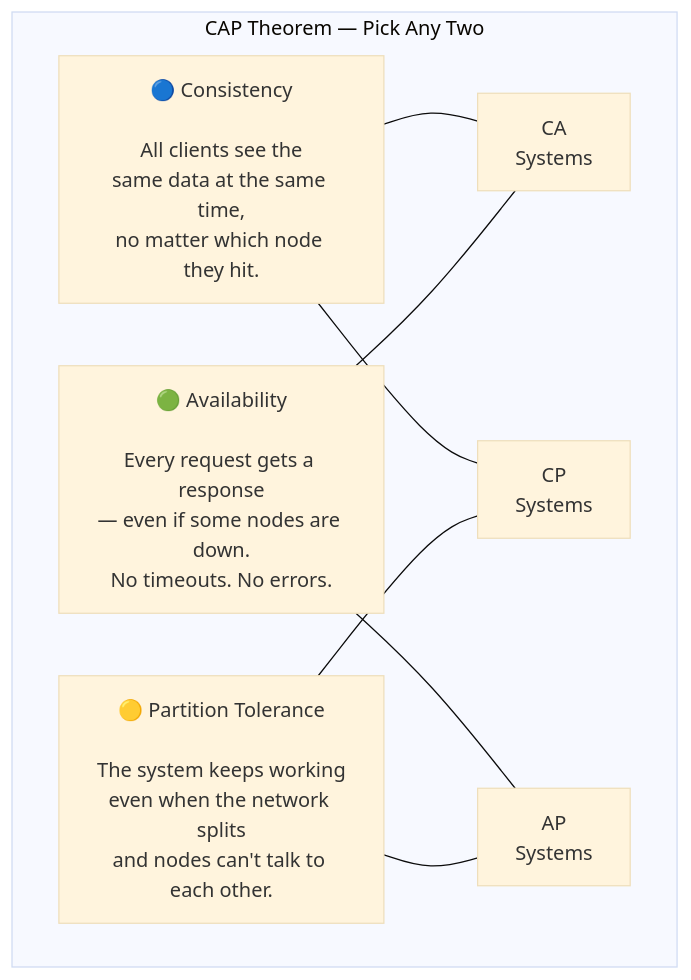
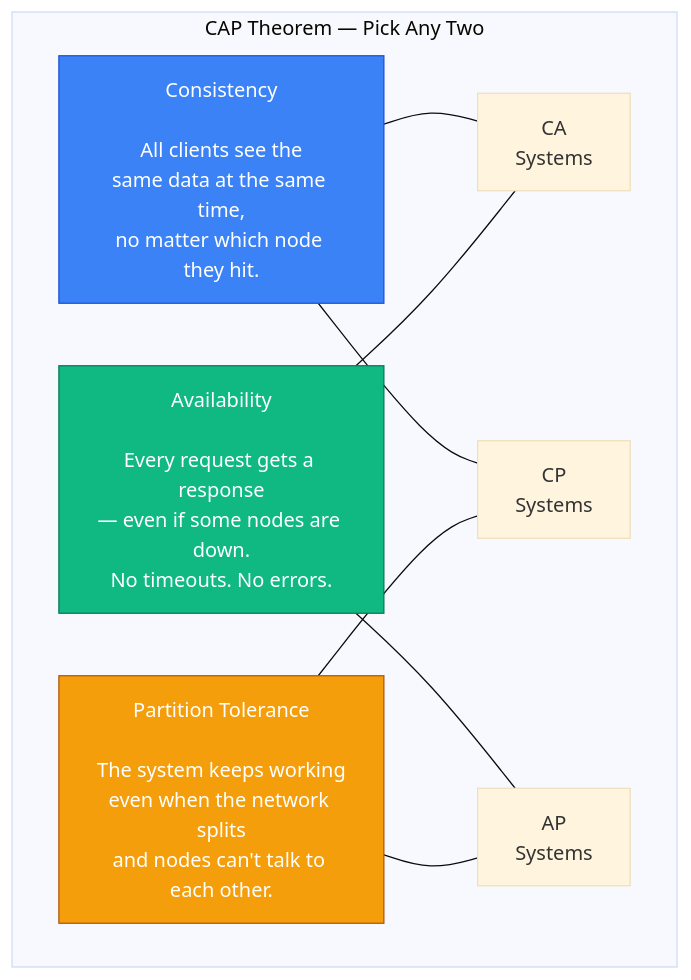
Before and after one commit to devops-monk/system-design-blog: the second of 22 diagrams in content/posts/2026/design-a-key-value-store.md, drawn with Mermaid (base theme). The commit also changed other lines of this file and 5 other files, not shown here.

````diff
--- a/content/posts/2026/design-a-key-value-store.md
+++ b/content/posts/2026/design-a-key-value-store.md
@@ -98,15 +98,18 @@
 ```mermaid
 graph TD
     subgraph CAP["CAP Theorem — Pick Any Two"]
-        C["🔵 Consistency\n\nAll clients see the\nsame data at the same time,\nno matter which node they hit."]
-        A["🟢 Availability\n\nEvery request gets a response\n— even if some nodes are down.\nNo timeouts. No errors."]
-        P["🟡 Partition Tolerance\n\nThe system keeps working\neven when the network splits\nand nodes can't talk to each other."]
+        C["Consistency\n\nAll clients see the\nsame data at the same time,\nno matter which node they hit."]
+        A["Availability\n\nEvery request gets a response\n— even if some nodes are down.\nNo timeouts. No errors."]
+        P["Partition Tolerance\n\nThe system keeps working\neven when the network splits\nand nodes can't talk to each other."]
 
         C --- CA["CA\nSystems"]
         C --- CP["CP\nSystems"]
         A --- CA
         A --- AP["AP\nSystems"]
         P --- CP
         P --- AP
     end
+    style C fill:#3B82F6,stroke:#1D4ED8,color:#fff
+    style A fill:#10B981,stroke:#047857,color:#fff
+    style P fill:#F59E0B,stroke:#B45309,color:#fff
 ```
````
